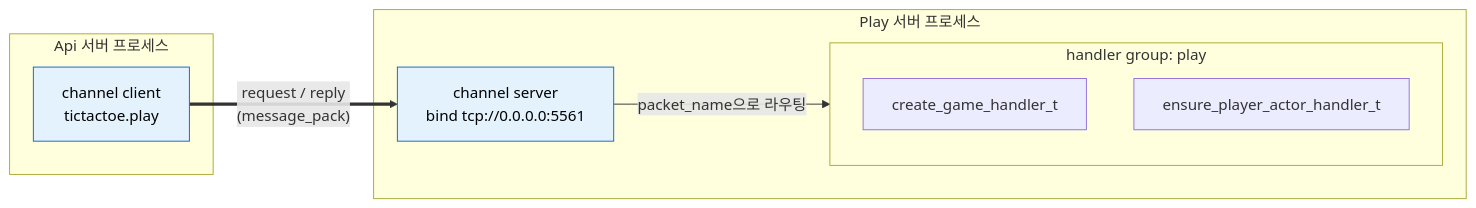
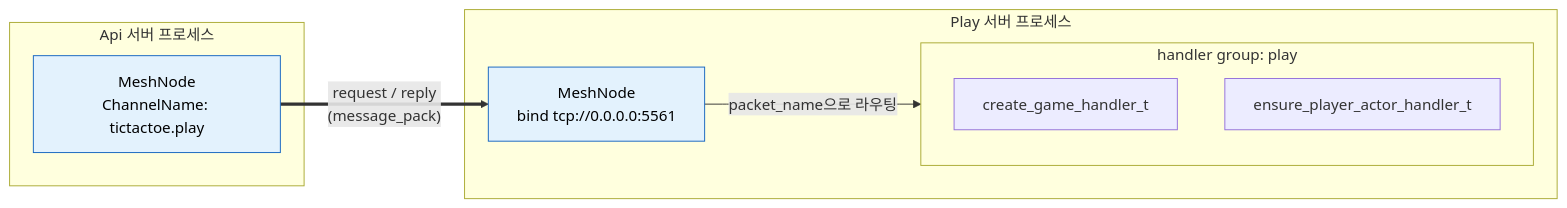
Before and after one commit to kairos-code-dev/zlink: the first of 4 diagrams in framework/doc/framework/cpp/guide/07-channel-messaging.ko.md, drawn with Mermaid. The commit also changed other lines of this file and 293 other files, not shown here.

````diff
--- a/framework/doc/framework/cpp/guide/07-channel-messaging.ko.md
+++ b/framework/doc/framework/cpp/guide/07-channel-messaging.ko.md
@@ -78,17 +81,17 @@
 ```mermaid
 flowchart LR
     subgraph ApiProc["Api 서버 프로세스"]
-        AC["channel client<br/>tictactoe.play"]:::channel
+        AC["MeshNode<br/>ChannelName: tictactoe.play"]:::channel
     end
     subgraph PlayProc["Play 서버 프로세스"]
-        PS["channel server<br/>bind tcp://0.0.0.0:5561"]:::channel
+        PS["MeshNode<br/>bind tcp://0.0.0.0:5561"]:::channel
         subgraph HG["handler group: play"]
             H1["create_game_handler_t"]
             H2["ensure_player_actor_handler_t"]
         end
         PS -- "packet_name으로 라우팅" --> HG
     end
     AC == "request / reply<br/>(message_pack)" ==> PS
 
     classDef channel fill:#e3f2fd,stroke:#1565c0,color:#000000
 ```
````
